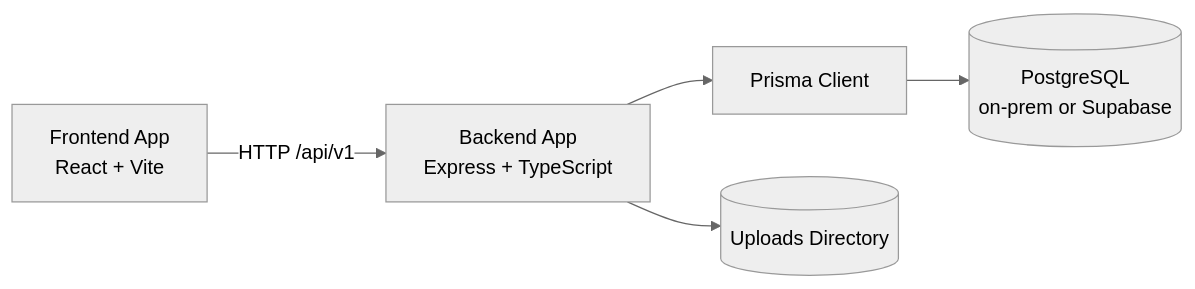
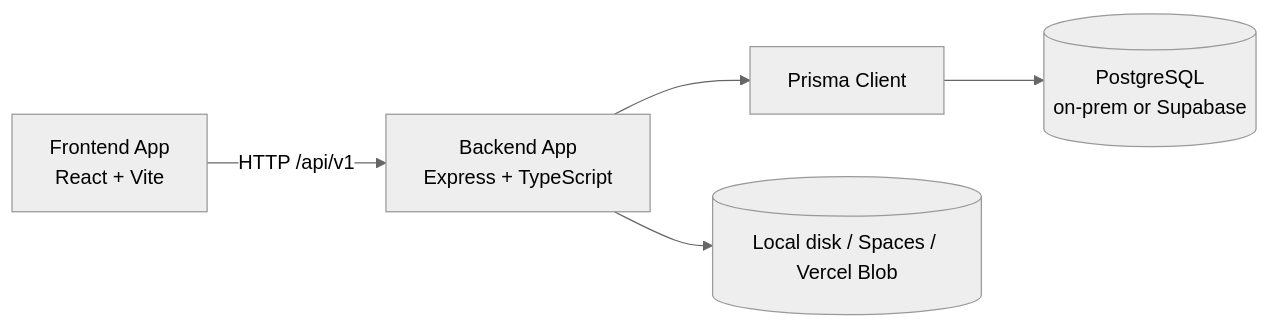
The diagram in README.md (phyowaihtoon/personal-web-profile), drawn with Mermaid (neutral theme) before and after one commit. The commit also changed other lines of this file and 14 other files, not shown here.

Commit message:
Add Storage Config for local, Vercel Blob and S3

````diff
--- a/README.md
+++ b/README.md
@@ -30,7 +31,7 @@
 ```mermaid
 flowchart LR
   Browser[Frontend App\nReact + Vite] -->|HTTP /api/v1| API[Backend App\nExpress + TypeScript]
   API --> Prisma[Prisma Client]
   Prisma --> DB[(PostgreSQL\non-prem or Supabase)]
-  API --> Uploads[(Uploads Directory)]
+  API --> Uploads[(Local disk / Spaces / Vercel Blob)]
 ```
````
